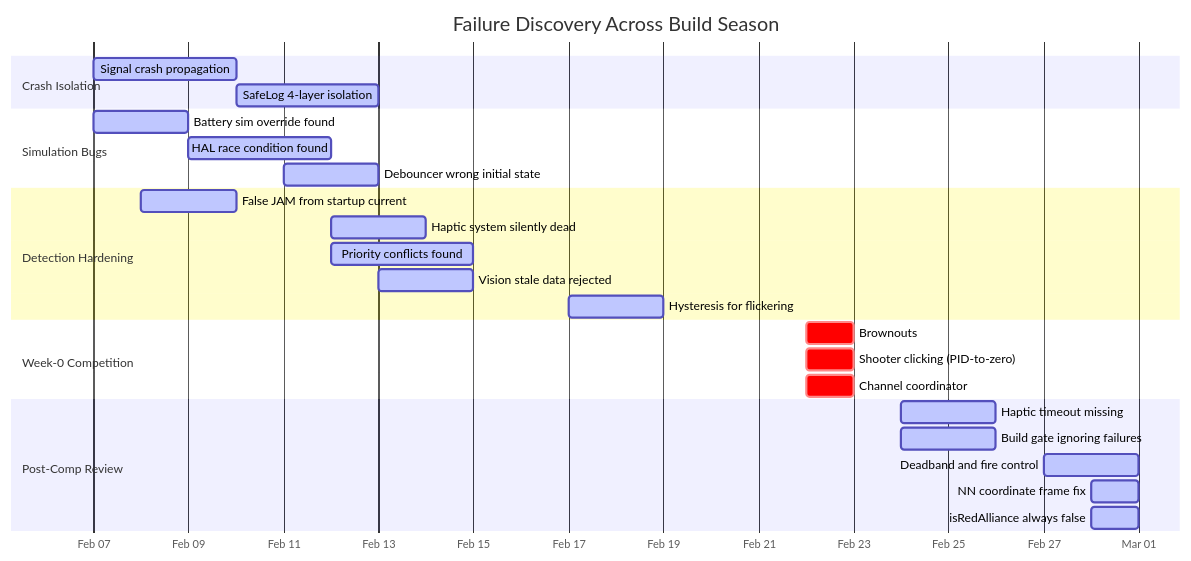
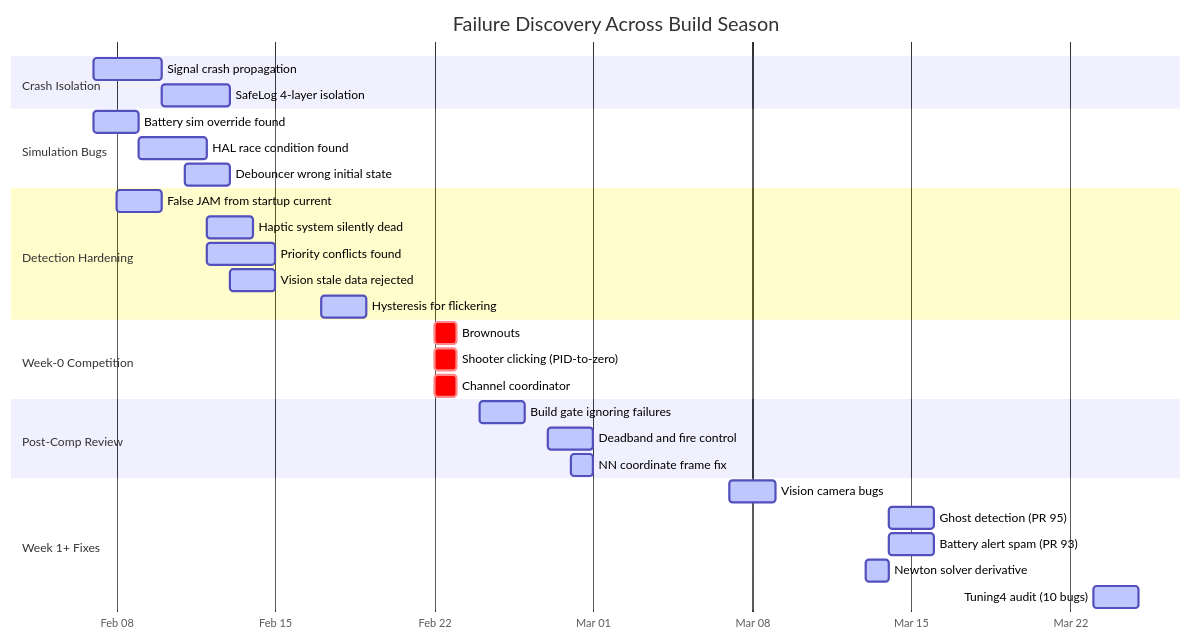
Before and after one commit to eeveemara/frc5962-2026-docs: the diagram in docs/engineering/fmea-log.md, drawn with Mermaid. The commit also changed other lines of this file, not shown here.

Commit message:
update FMEA log with 10 March fixes, add Week 1+ section

````diff
--- a/docs/engineering/fmea-log.md
+++ b/docs/engineering/fmea-log.md
@@ -54,36 +79,40 @@
 ```mermaid
 gantt
     title Failure Discovery Across Build Season
     dateFormat YYYY-MM-DD
     axisFormat %b %d
     todayMarker off
 
     section Crash Isolation
     Signal crash propagation       :active, c1, 2026-02-07, 3d
     SafeLog 4-layer isolation      :active, c2, 2026-02-10, 3d
 
     section Simulation Bugs
     Battery sim override found     :active, s1, 2026-02-07, 2d
     HAL race condition found       :active, s2, 2026-02-09, 3d
     Debouncer wrong initial state  :active, s3, 2026-02-11, 2d
 
     section Detection Hardening
     False JAM from startup current :active, h1, 2026-02-08, 2d
     Haptic system silently dead    :active, h2, 2026-02-12, 2d
     Priority conflicts found       :active, h3, 2026-02-12, 3d
     Vision stale data rejected     :active, h4, 2026-02-13, 2d
     Hysteresis for flickering      :active, h5, 2026-02-17, 2d
 
     section Week-0 Competition
-    Brownouts					   :crit, w1, 2026-02-22, 1d
+    Brownouts                      :crit, w1, 2026-02-22, 1d
     Shooter clicking (PID-to-zero) :crit, w1, 2026-02-22, 1d
-    Channel coordinator :crit, w1, 2026-02-22, 1d
-  
+    Channel coordinator            :crit, w1, 2026-02-22, 1d
 
     section Post-Comp Review
-    Haptic timeout missing         :active, w2, 2026-02-24, 2d
     Build gate ignoring failures   :active, w3, 2026-02-24, 2d
     Deadband and fire control      :active, cr1, 2026-02-27, 2d
     NN coordinate frame fix        :active, cr2, 2026-02-28, 1d
-    isRedAlliance always false     :active, cr3, 2026-02-28, 1d
+
+    section Week 1+ Fixes
+    Vision camera bugs             :active, m1, 2026-03-07, 2d
+    Ghost detection (PR 95)        :active, m2, 2026-03-14, 2d
+    Battery alert spam (PR 93)     :active, m3, 2026-03-14, 2d
+    Newton solver derivative       :active, m4, 2026-03-13, 1d
+    Tuning4 audit (10 bugs)        :active, m5, 2026-03-23, 2d
 ```
````
